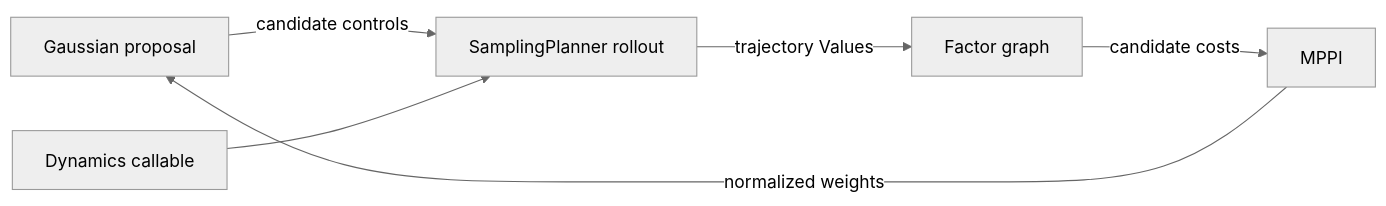
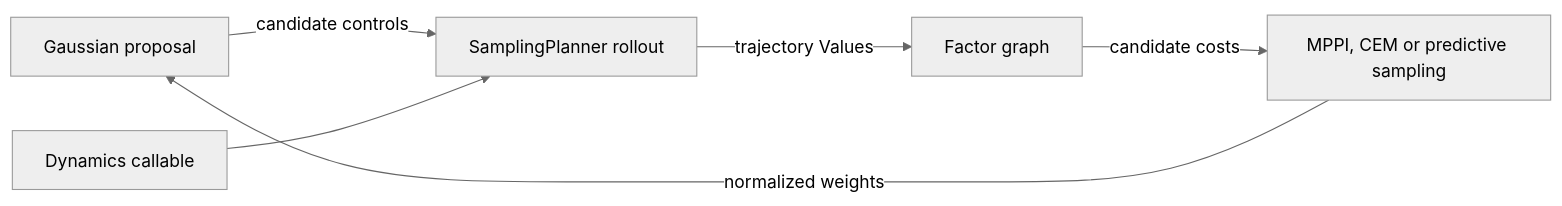
The diagram in gtsam/planning/doc/PlanningOverview.md (borglab/gtsam), drawn with Mermaid (neutral theme) before and after one commit. The commit also changed other lines of this file and 14 other files, not shown here.

Commit message:
Add CEM and predictive sampling to SamplingPlanner

````diff
--- a/gtsam/planning/doc/PlanningOverview.md
+++ b/gtsam/planning/doc/PlanningOverview.md
@@ -13,8 +13,8 @@
 ```mermaid
 flowchart LR
     P["Gaussian proposal"] -->|candidate controls| R["SamplingPlanner rollout"]
     D["Dynamics callable"] --> R
     R -->|trajectory Values| G["Factor graph"]
-    G -->|candidate costs| A["MPPI"]
+    G -->|candidate costs| A["MPPI, CEM or predictive sampling"]
     A -->|normalized weights| P
 ```
````
